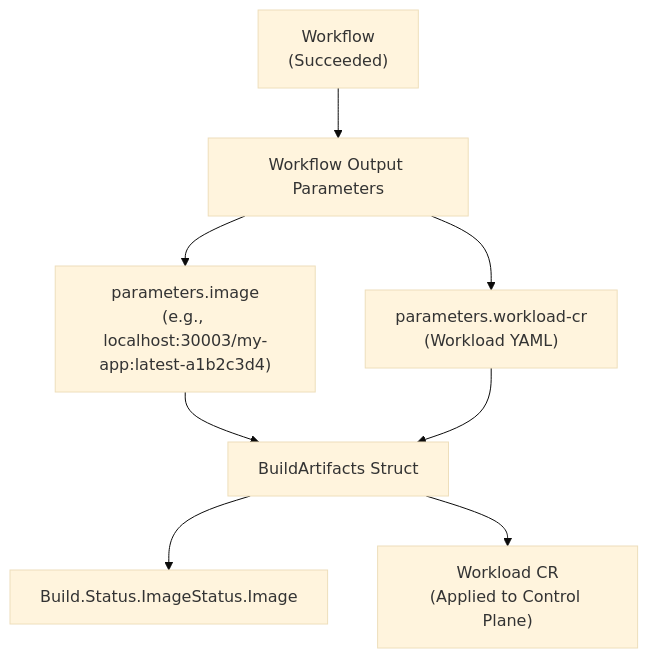
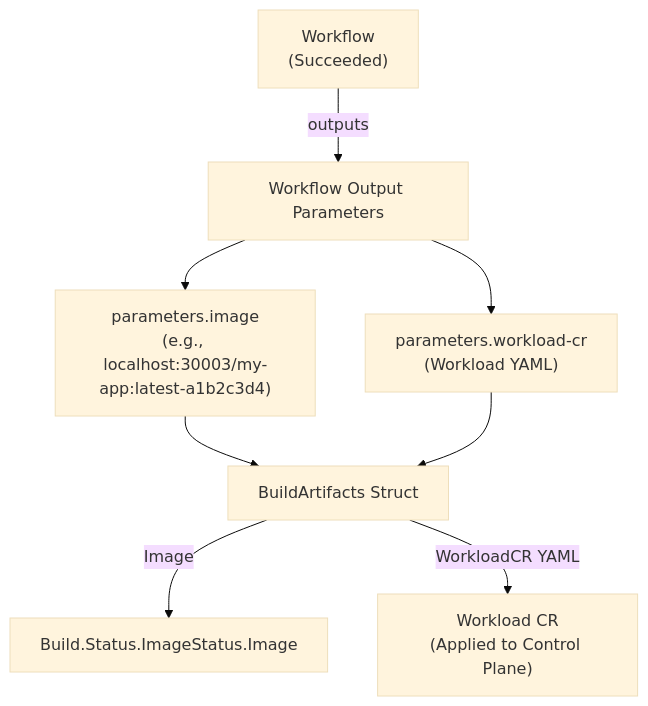
Before and after one commit to openchoreo/openchoreo: the fifth of 7 diagrams in docs/deepwiki/Build-Plane-and-Argo-Integration.md, drawn with Mermaid (base theme). The commit also changed other lines of this file and 85 other files, not shown here.

Commit message:
feat: Add new workflow and specification templates, update Helm chart dependencies, and clarify documentation diagrams.

````diff
--- a/docs/deepwiki/Build-Plane-and-Argo-Integration.md
+++ b/docs/deepwiki/Build-Plane-and-Argo-Integration.md
@@ -397,19 +397,19 @@
 ```mermaid
 flowchart TD
 
 Workflow["Workflow<br>(Succeeded)"]
 OutputParams["Workflow Output Parameters"]
 ImageParam["parameters.image<br>(e.g., localhost:30003/my-app:latest-a1b2c3d4)"]
 WorkloadParam["parameters.workload-cr<br>(Workload YAML)"]
 BuildArtifacts["BuildArtifacts Struct"]
 WorkloadCR["Workload CR<br>(Applied to Control Plane)"]
 Build["Build.Status.ImageStatus.Image"]
 
-Workflow --> OutputParams
+Workflow -->|"outputs"| OutputParams
 OutputParams --> ImageParam
 OutputParams --> WorkloadParam
 ImageParam --> BuildArtifacts
 WorkloadParam --> BuildArtifacts
-BuildArtifacts --> Build
-BuildArtifacts --> WorkloadCR
+BuildArtifacts -->|"Image"| Build
+BuildArtifacts -->|"WorkloadCR YAML"| WorkloadCR
 ```
````
